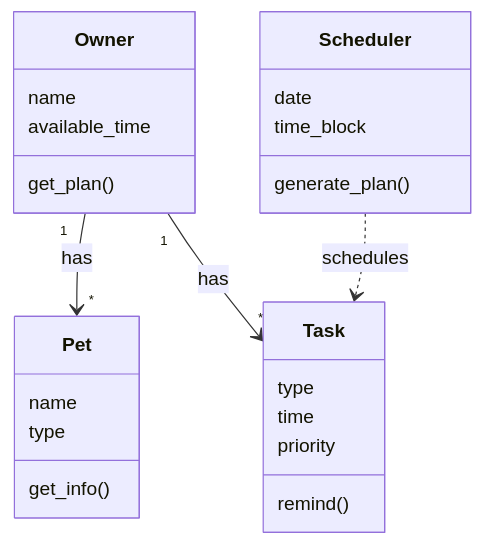
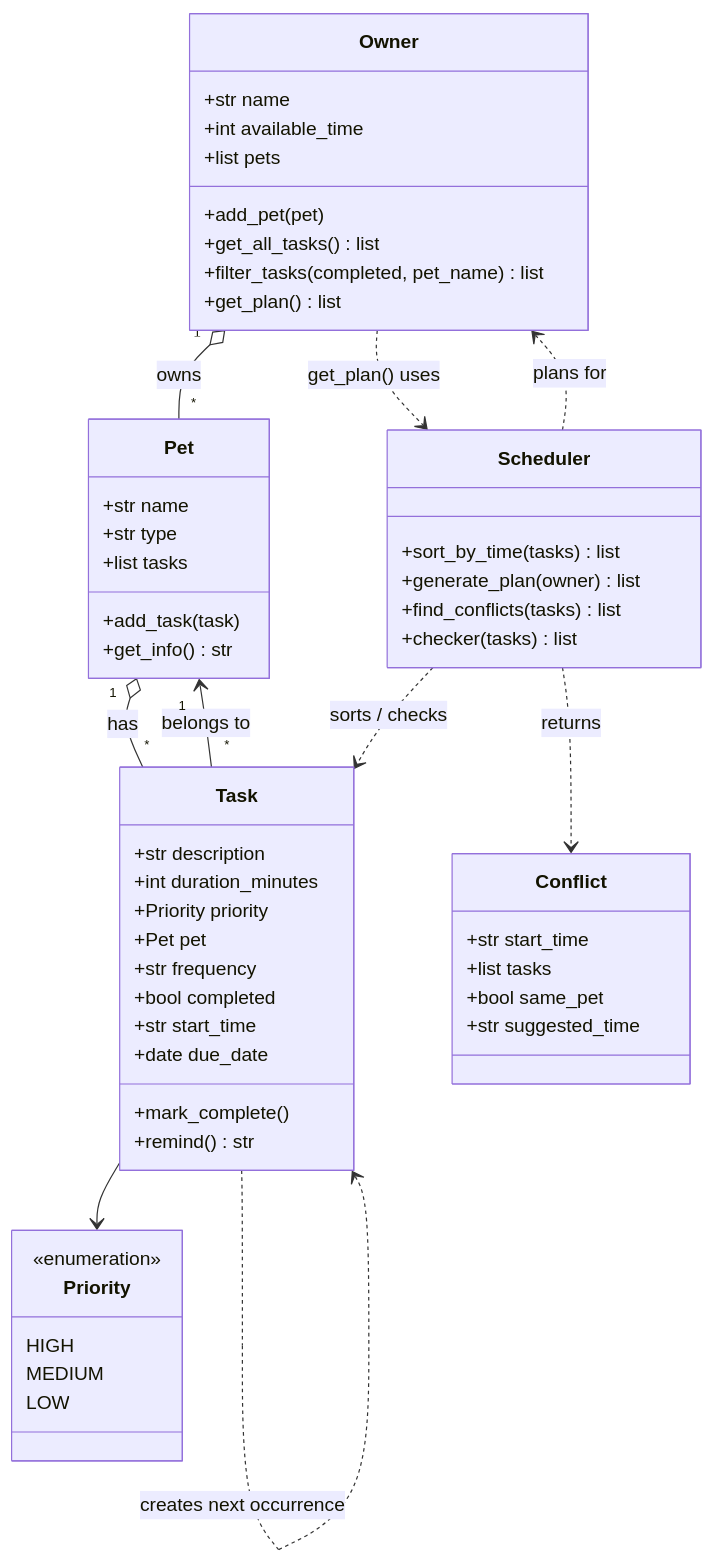
The diagram in uml_draft.mmd (tmckenzie2025-cyber/ai110-module2show-pawpal-starter), drawn with Mermaid before and after one commit. The commit also changed 4 other files, not shown here.

Commit message:
docs: add Smarter Scheduling, test coverage, reflection, and UML

```diff
--- a/uml_draft.mmd
+++ b/uml_draft.mmd
@@ -1,25 +1,57 @@
 classDiagram
+    class Priority {
+        <<enumeration>>
+        HIGH
+        MEDIUM
+        LOW
+    }
     class Pet {
-        name
-        type
-        get_info()
+        +str name
+        +str type
+        +list tasks
+        +add_task(task)
+        +get_info() str
     }
     class Task {
-        type
-        time
-        priority
-        remind()
+        +str description
+        +int duration_minutes
+        +Priority priority
+        +Pet pet
+        +str frequency
+        +bool completed
+        +str start_time
+        +date due_date
+        +mark_complete()
+        +remind() str
     }
     class Owner {
-        name
-        available_time
-        get_plan()
+        +str name
+        +int available_time
+        +list pets
+        +add_pet(pet)
+        +get_all_tasks() list
+        +filter_tasks(completed, pet_name) list
+        +get_plan() list
     }
     class Scheduler {
-        date
-        time_block
-        generate_plan()
+        +sort_by_time(tasks) list
+        +generate_plan(owner) list
+        +find_conflicts(tasks) list
+        +checker(tasks) list
     }
-    Owner "1" --> "*" Pet : has
-    Owner "1" --> "*" Task : has
-    Scheduler ..> Task : schedules
+    class Conflict {
+        +str start_time
+        +list tasks
+        +bool same_pet
+        +str suggested_time
+    }
+
+    Owner "1" o-- "*" Pet : owns
+    Pet "1" o-- "*" Task : has
+    Task "*" --> "1" Pet : belongs to
+    Task --> Priority
+    Task ..> Task : creates next occurrence
+    Owner ..> Scheduler : get_plan() uses
+    Scheduler ..> Owner : plans for
+    Scheduler ..> Task : sorts / checks
+    Scheduler ..> Conflict : returns
```
